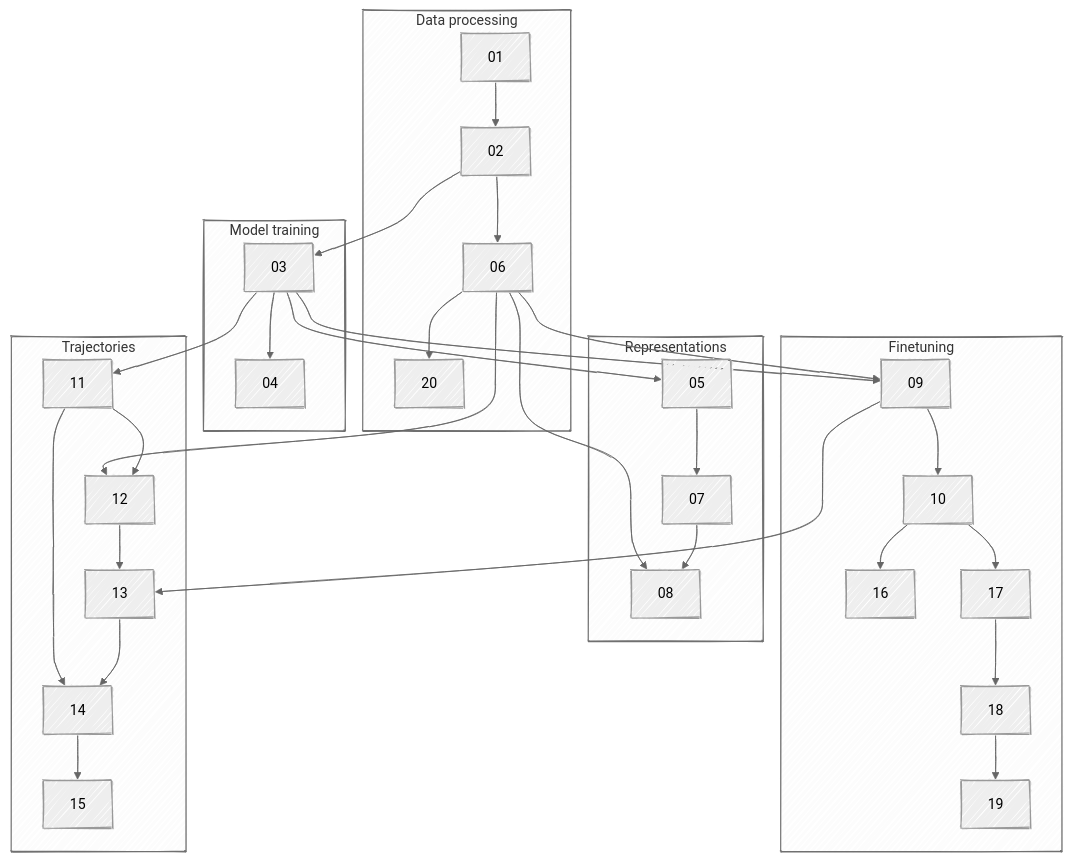
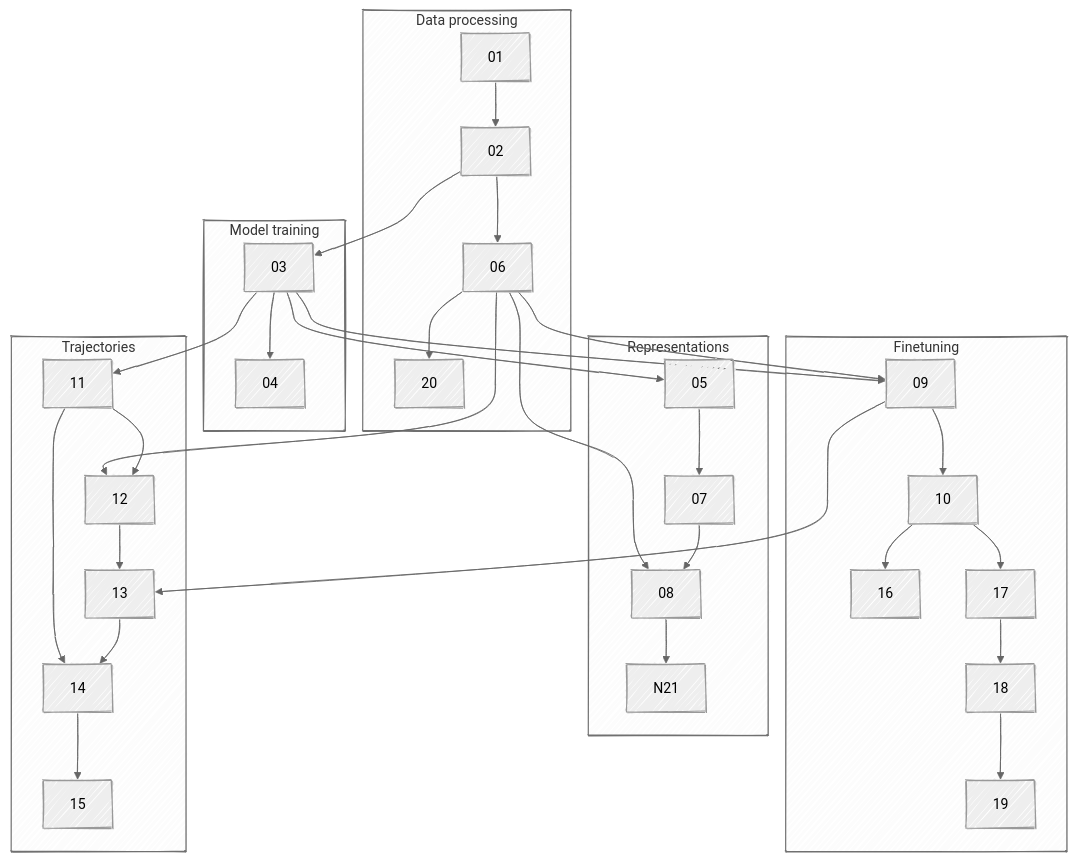
Before and after one commit to bbj-lab/fms-ehrs: the diagram in README.md, drawn with Mermaid. The commit also changed other lines of this file and 5 other files, not shown here.

Commit message:
reasonable performance can be maintained on appreciably smaller architectures

````diff
--- a/README.md
+++ b/README.md
@@ -24,54 +24,56 @@
 ```mermaid
 ---
 config:
   theme: neutral
   look: handDrawn
   layout: fixed
   themeCSS: "* { overflow: visible; }"
 ---
 flowchart TD
  subgraph s1["Data processing"]
         N1["01"]
         N2["02"]
         N6["06"]
         N20["20"]
   end
  subgraph s2["Model training"]
         N3["03"]
         N4["04"]
   end
  subgraph s3["Representations"]
         N5["05"]
         N7["07"]
         N8["08"]
+        N21["N21"]
   end
  subgraph s4["Finetuning"]
         N9["09"]
         N10["10"]
         N16["16"]
         N17["17"]
         N18["18"]
         N19["19"]
   end
  subgraph s5["Trajectories"]
         N11["11"]
         N12["12"]
         N13["13"]
         N14["14"]
         N15["15"]
   end
     N1 --> N2
     N2 --> N6 & N3
     N6 --> N20 & N8 & N9 & N12
     N3 --> N4 & N5 & N9 & N11
     N5 --> N7
     N7 --> N8
+    N8 --> N21
     N9 --> N10 & N13
     N10 --> N16 & N17
     N17 --> N18
     N18 --> N19
     N11 --> N12 & N14
     N12 --> N13
     N13 --> N14
     N14 --> N15
 ```
````
